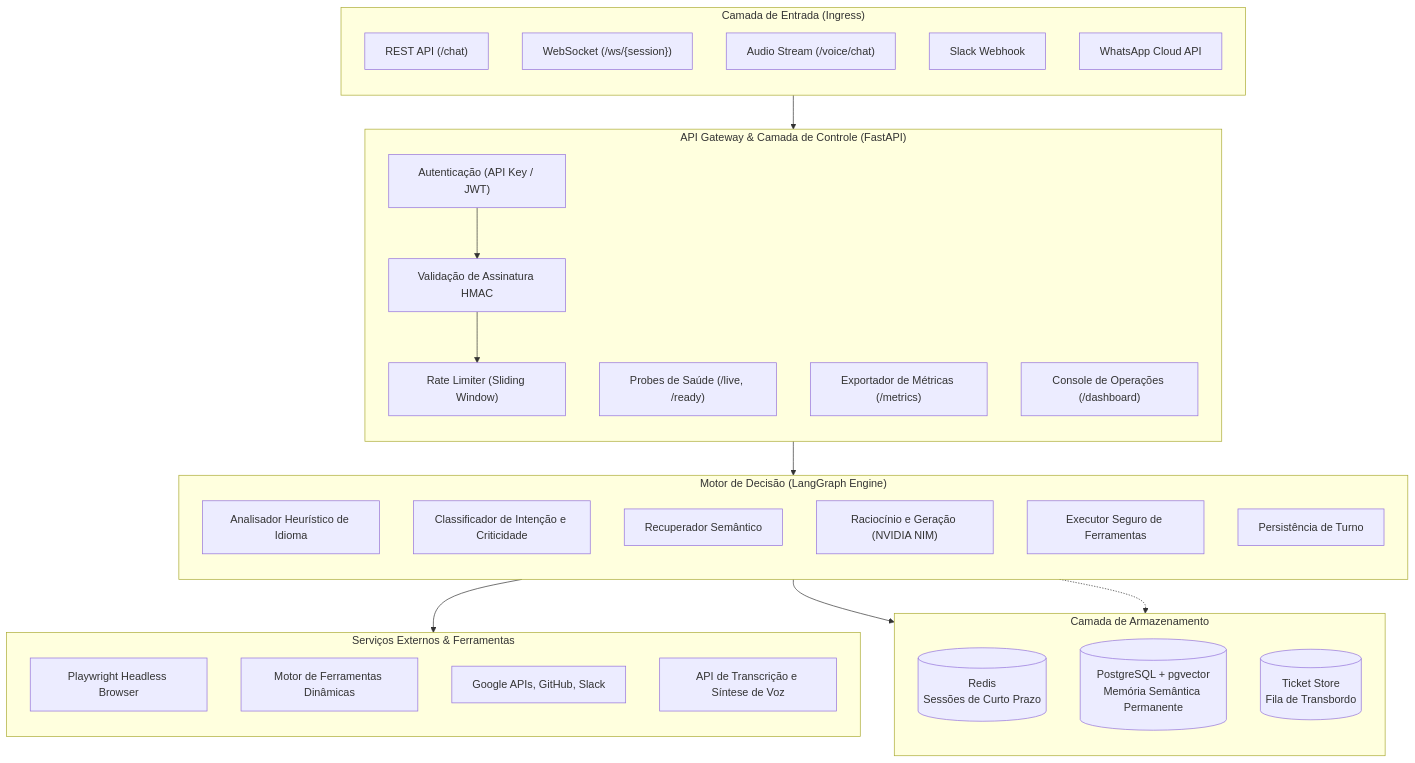
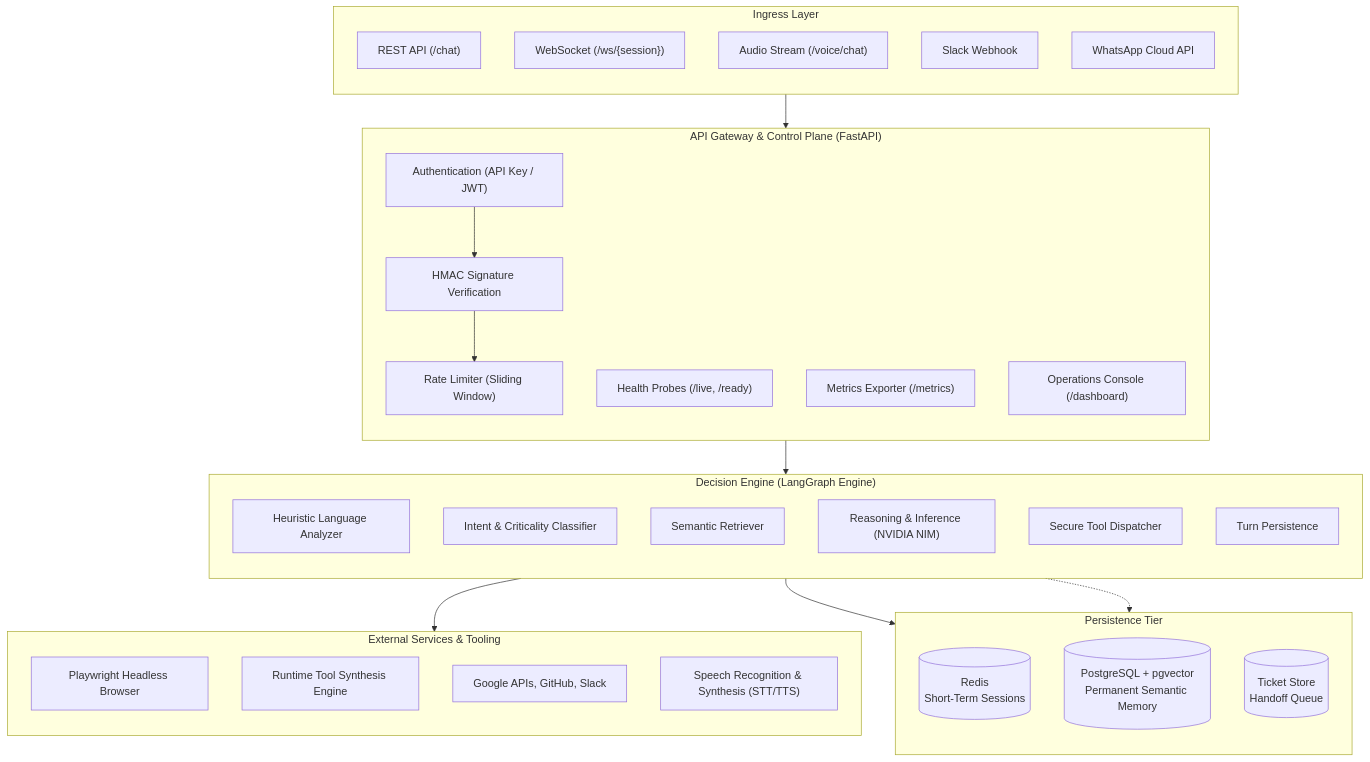
One commit to CaioSouzx00/ai-agent-24-7 changed the first of 2 diagrams in README.md. Above: the diagram before and after it, drawn with Mermaid. The commit also changed other lines of this file and 1 other file, not shown here.

````diff
--- a/README.md
+++ b/README.md
@@ -55,55 +56,55 @@
 ```mermaid
 flowchart TB
-    subgraph INGRESS["Camada de Entrada (Ingress)"]
+    subgraph INGRESS["Ingress Layer"]
         direction TB
         C_REST["REST API (/chat)"]
         C_WS["WebSocket (/ws/{session})"]
         C_VOICE["Audio Stream (/voice/chat)"]
         C_SLACK["Slack Webhook"]
         C_WA["WhatsApp Cloud API"]
     end
 
-    subgraph GATEWAY["API Gateway & Camada de Controle (FastAPI)"]
+    subgraph GATEWAY["API Gateway & Control Plane (FastAPI)"]
         direction TB
-        AUTH["Autenticação (API Key / JWT)"]
-        HMAC["Validação de Assinatura HMAC"]
+        AUTH["Authentication (API Key / JWT)"]
+        HMAC["HMAC Signature Verification"]
         RATELIMIT["Rate Limiter (Sliding Window)"]
-        PROBES["Probes de Saúde (/live, /ready)"]
-        METRICS_EP["Exportador de Métricas (/metrics)"]
-        DASH_EP["Console de Operações (/dashboard)"]
+        PROBES["Health Probes (/live, /ready)"]
+        METRICS_EP["Metrics Exporter (/metrics)"]
+        DASH_EP["Operations Console (/dashboard)"]
     end
 
-    subgraph CORE["Motor de Decisão (LangGraph Engine)"]
+    subgraph CORE["Decision Engine (LangGraph Engine)"]
         direction TB
-        I18N["Analisador Heurístico de Idioma"]
-        INTENT["Classificador de Intenção e Criticidade"]
-        MEM_RETRIEVE["Recuperador Semântico"]
-        LLM_NODE["Raciocínio e Geração (NVIDIA NIM)"]
-        TOOL_EXEC["Executor Seguro de Ferramentas"]
-        PERSIST["Persistência de Turno"]
+        I18N["Heuristic Language Analyzer"]
+        INTENT["Intent & Criticality Classifier"]
+        MEM_RETRIEVE["Semantic Retriever"]
+        LLM_NODE["Reasoning & Inference (NVIDIA NIM)"]
+        TOOL_EXEC["Secure Tool Dispatcher"]
+        PERSIST["Turn Persistence"]
     end
 
-    subgraph STORAGE["Camada de Armazenamento"]
+    subgraph STORAGE["Persistence Tier"]
         direction TB
-        REDIS[("Redis\nSessões de Curto Prazo")]
-        PGVEC[("PostgreSQL + pgvector\nMemória Semântica Permanente")]
-        TICKETS[("Ticket Store\nFila de Transbordo")]
+        REDIS[("Redis\nShort-Term Sessions")]
+        PGVEC[("PostgreSQL + pgvector\nPermanent Semantic Memory")]
+        TICKETS[("Ticket Store\nHandoff Queue")]
     end
 
-    subgraph EXTERNAL["Serviços Externos & Ferramentas"]
+    subgraph EXTERNAL["External Services & Tooling"]
         direction TB
         PLAYWRIGHT["Playwright Headless Browser"]
-        DYNAMIC["Motor de Ferramentas Dinâmicas"]
+        DYNAMIC["Runtime Tool Synthesis Engine"]
         INTEGRATIONS["Google APIs, GitHub, Slack"]
-        WHISPER["API de Transcrição e Síntese de Voz"]
+        WHISPER["Speech Recognition & Synthesis (STT/TTS)"]
     end
 
     INGRESS --> AUTH
     AUTH --> HMAC
     HMAC --> RATELIMIT
     RATELIMIT --> CORE
 
     CORE --> STORAGE
     CORE --> EXTERNAL
     CORE -.-> TICKETS
 ```
````
